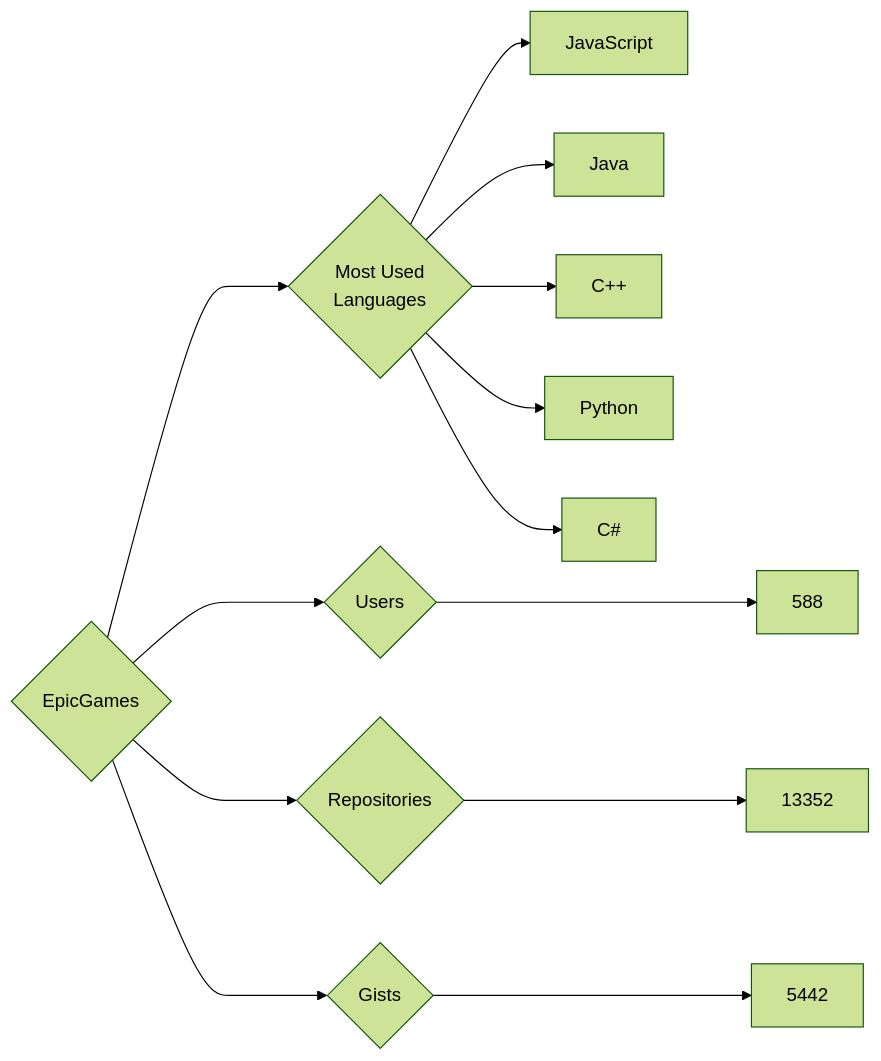
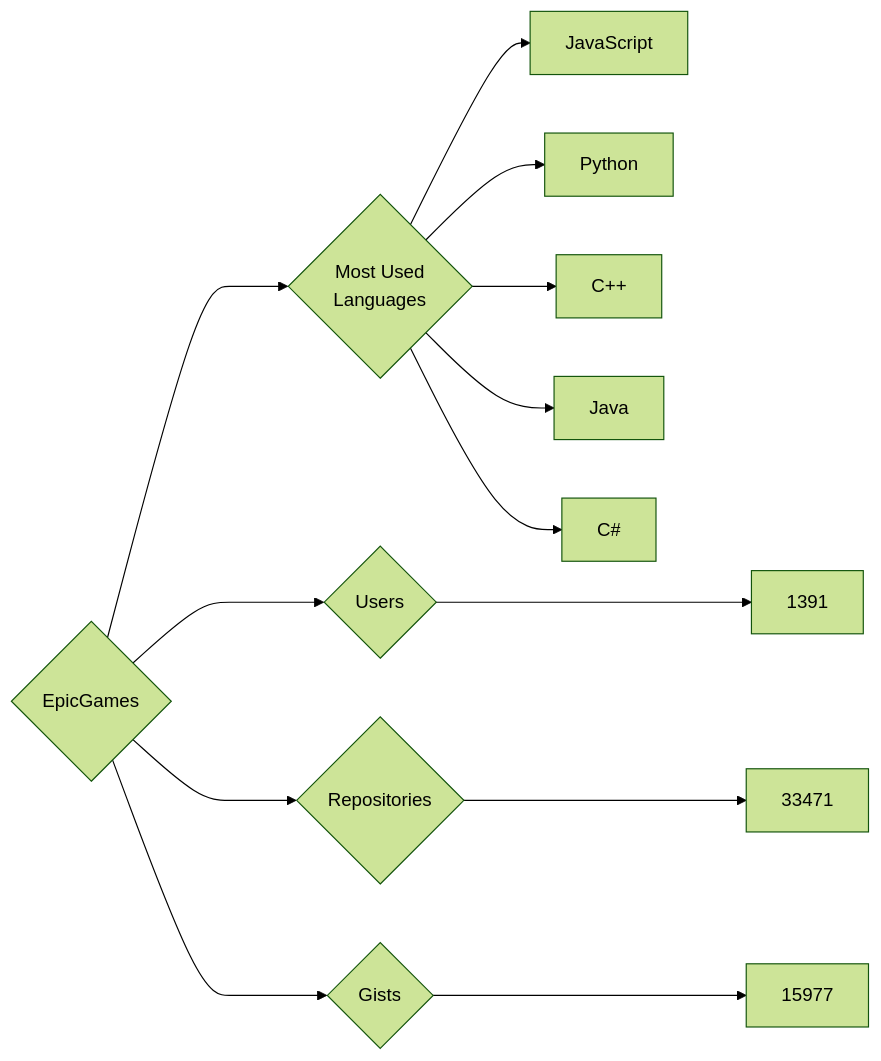
One commit to trickest/insiders changed the diagram in targets/EpicGames/README.md. Above: the diagram before and after it, drawn with Mermaid (forest theme). The commit also changed 682 other files, not shown here.

````diff
--- a/targets/EpicGames/README.md
+++ b/targets/EpicGames/README.md
@@ -3,13 +3,13 @@
 ```mermaid
 graph LR
 COMPANY_NAME{EpicGames}
-COMPANY_NAME ---> U{Users} ---> UN[588]
-COMPANY_NAME ---> R{Repositories} ---> RN[13352]
-COMPANY_NAME ---> G{Gists} ---> GN[5442]
+COMPANY_NAME ---> U{Users} ---> UN[1391]
+COMPANY_NAME ---> R{Repositories} ---> RN[33471]
+COMPANY_NAME ---> G{Gists} ---> GN[15977]
 COMPANY_NAME ---> ML{Most Used<br>Languages}
 ML --> JavaScript[JavaScript]
+ML --> Python[Python]
+ML --> C++[C++]
 ML --> Java[Java]
-ML --> C++[C++]
-ML --> Python[Python]
 ML --> C#[C#]
 ```
````
